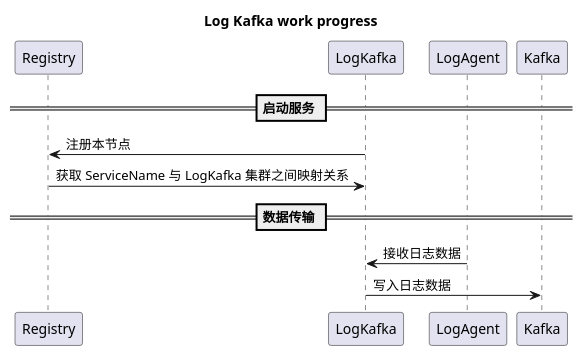
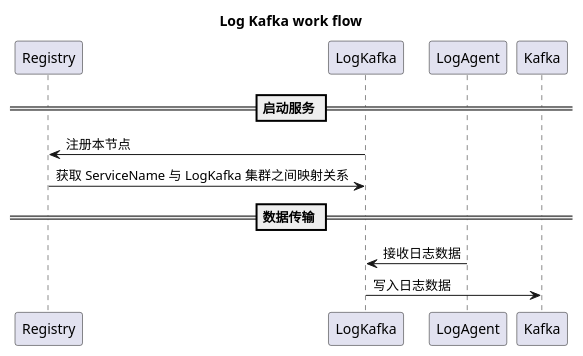
One commit to AlexStocks/alexstocks.github.io changed the diagram in pic/log/log_kafka.puml. Above: the diagram before and after it, drawn with PlantUML. The commit also changed 5 other files, not shown here.

Commit message:
Mod: progress -> flow

```diff
--- a/pic/log/log_kafka.puml
+++ b/pic/log/log_kafka.puml
@@ -1,14 +1,14 @@
 @startuml
-title Log Kafka work progress
+title Log Kafka work flow
 
 == 启动服务 ==
 
 Registry <- LogKafka: 注册本节点
 Registry -> LogKafka: 获取 ServiceName 与 LogKafka 集群之间映射关系
 
 == 数据传输 ==
 
 LogAgent -> LogKafka: 接收日志数据
 LogKafka -> Kafka: 写入日志数据
 
 @enduml
```
